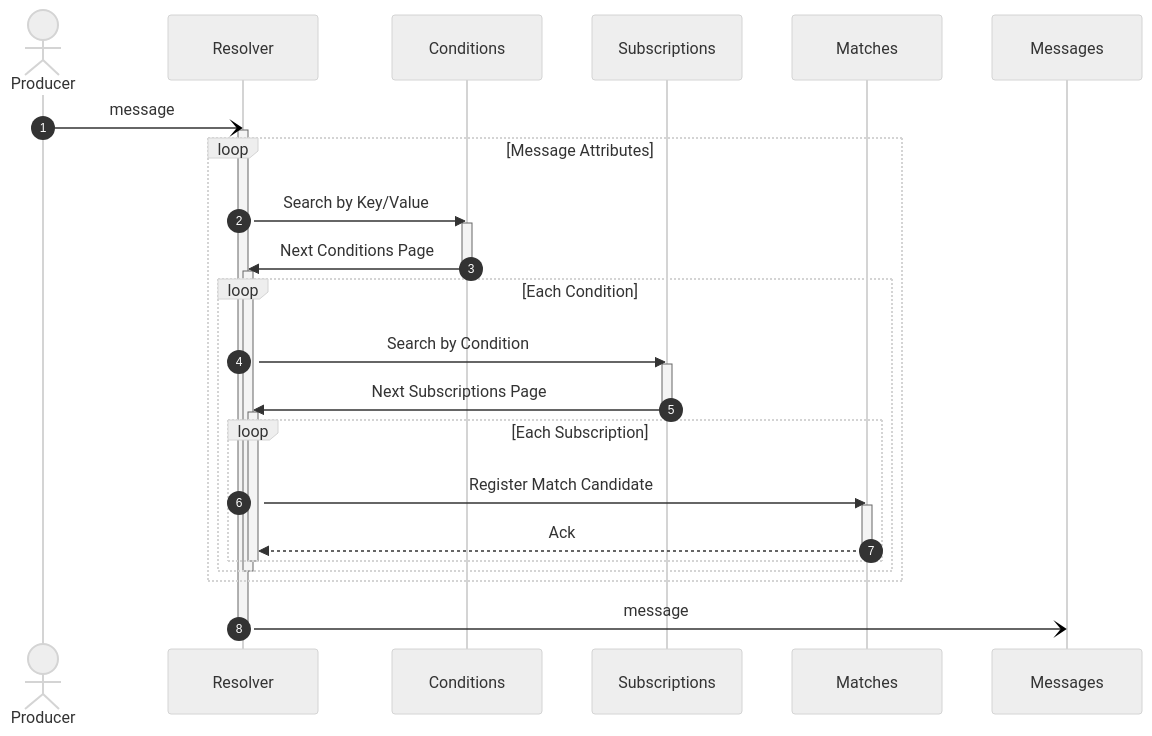
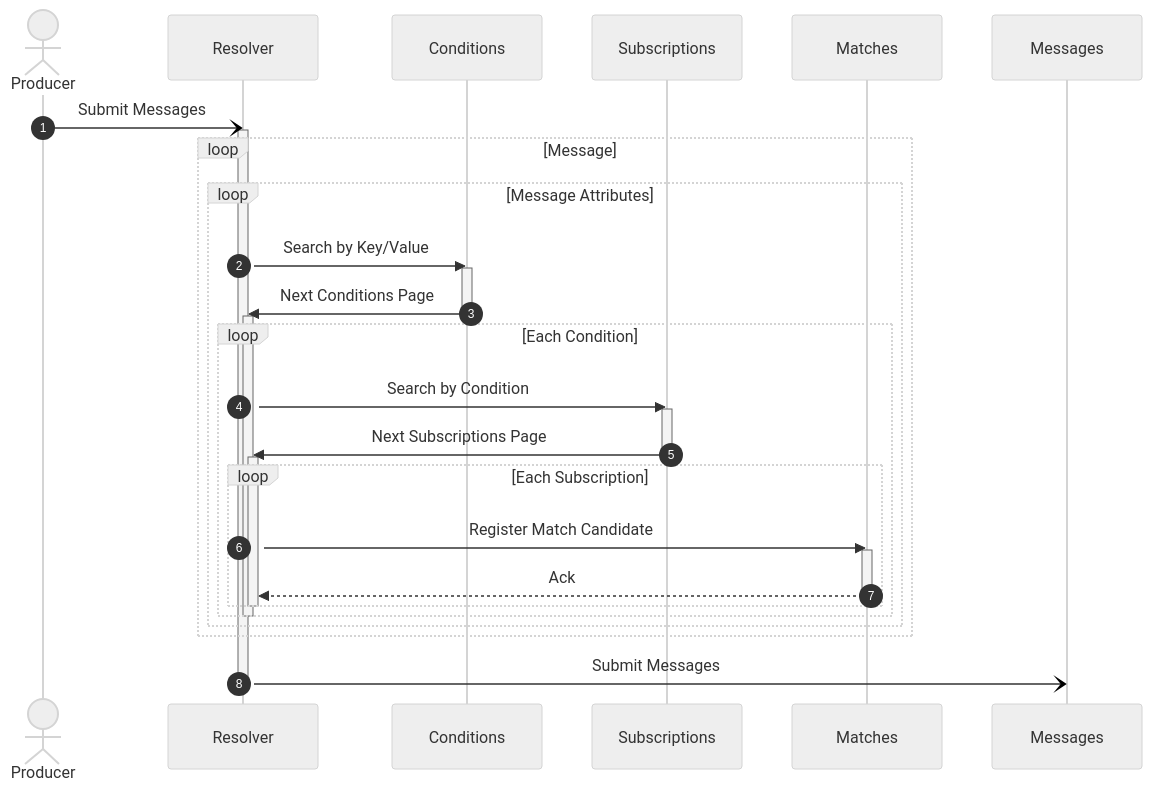
The diagram in profile/README.md (awakari/.github), drawn with Mermaid before and after one commit.

Commit message:
readme update

````diff
--- a/profile/README.md
+++ b/profile/README.md
@@ -121,47 +121,49 @@
 ```mermaid
 %%{init: {'theme': 'neutral' } }%%
 sequenceDiagram
 
     autonumber
 
     actor Producer
     participant Resolver
     participant Conditions
     participant Subscriptions
     participant Matches
     participant Messages
 
-    Producer-)Resolver: message
+    Producer-)Resolver: Submit Messages
     activate Resolver
     
-    loop Message Attributes
-    
-        Resolver->>Conditions: Search by Key/Value
-        activate Conditions
-        Conditions->>Resolver: Next Conditions Page
-        deactivate Conditions
+    loop Message
+        loop Message Attributes
         
-        activate Resolver
-        loop Each Condition
-            
-            Resolver->>Subscriptions: Search by Condition
-            activate Subscriptions
-            Subscriptions->>Resolver: Next Subscriptions Page
-            deactivate Subscriptions
+            Resolver->>Conditions: Search by Key/Value
+            activate Conditions
+            Conditions->>Resolver: Next Conditions Page
+            deactivate Conditions
             
             activate Resolver
-            loop Each Subscription
-                Resolver->>Matches: Register Match Candidate
-                activate Matches
-                Matches-->>Resolver: Ack
-                deactivate Matches
+            loop Each Condition
+                
+                Resolver->>Subscriptions: Search by Condition
+                activate Subscriptions
+                Subscriptions->>Resolver: Next Subscriptions Page
+                deactivate Subscriptions
+                
+                activate Resolver
+                loop Each Subscription
+                    Resolver->>Matches: Register Match Candidate
+                    activate Matches
+                    Matches-->>Resolver: Ack
+                    deactivate Matches
+                end
+                deactivate Resolver
+                
             end
             deactivate Resolver
-            
         end
-        deactivate Resolver
     end
         
-    Resolver-)Messages: message
+    Resolver-)Messages: Submit Messages
     deactivate Resolver
 ```
````
